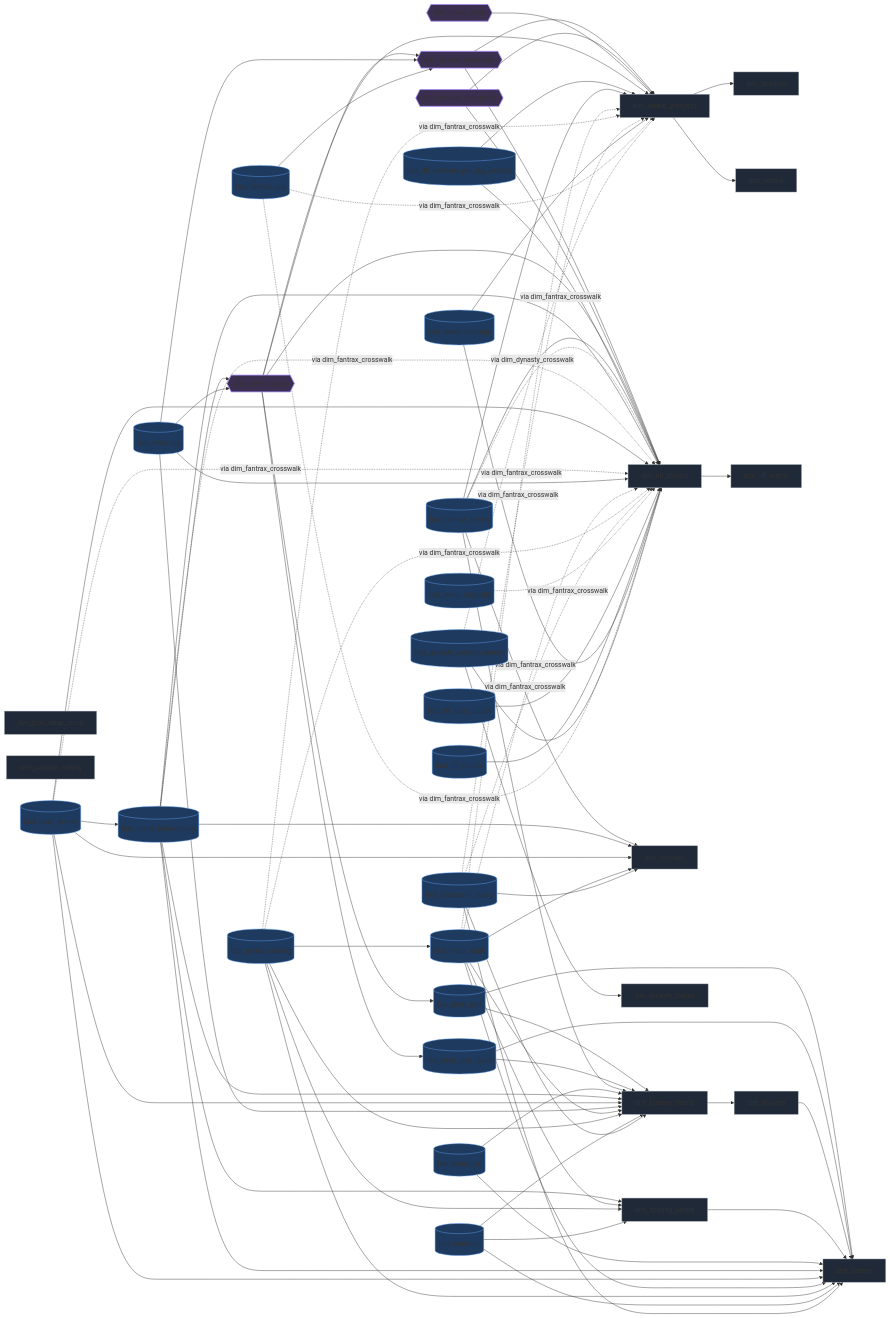
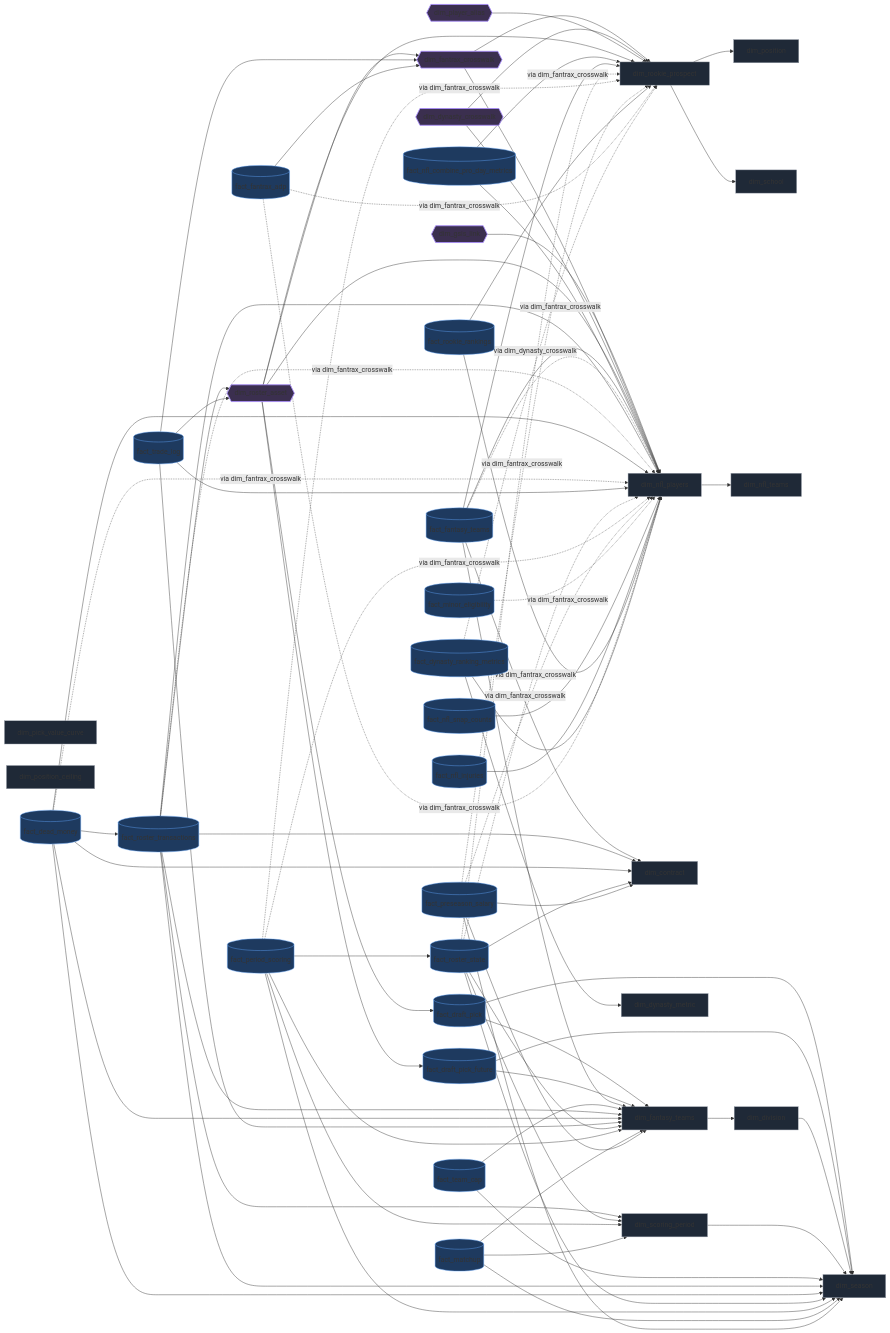
The diagram in docs/DATA_MODEL.md (benjamininja/Python-PowerBI-DynastyFantasyFootball), drawn with Mermaid before and after one commit. The commit also changed 8 other files, not shown here.

First line of the commit message:
feat: dim_gsis_link, the old id to new id table (Refs #300 Brief 2) (#311)

````diff
--- a/docs/DATA_MODEL.md
+++ b/docs/DATA_MODEL.md
@@ -11,6 +11,7 @@
 ```mermaid
 graph LR
     dim_nfl_players[dim_nfl_players]
+    dim_gsis_link{{dim_gsis_link}}
     dim_rookie_prospect[dim_rookie_prospect]
     dim_position[dim_position]
     dim_school[dim_school]
@@ -46,6 +47,7 @@
     fact_fantrax_adp[(fact_fantrax_adp)]
     fact_dynasty_ranking_metrics[(fact_dynasty_ranking_metrics)]
     dim_nfl_players --> dim_nfl_teams
+    dim_gsis_link --> dim_nfl_players
     dim_rookie_prospect --> dim_school
     dim_rookie_prospect --> dim_position
     dim_fantasy_teams --> dim_division
@@ -127,6 +129,7 @@
     classDef fact fill:#1e3a5f,stroke:#60a5fa,stroke-width:1px;
     classDef dim fill:#1f2937,stroke:#9ca3af,stroke-width:1px;
     class dim_nfl_players dim;
+    class dim_gsis_link resolver;
     class dim_rookie_prospect dim;
     class dim_position dim;
     class dim_school dim;
````
